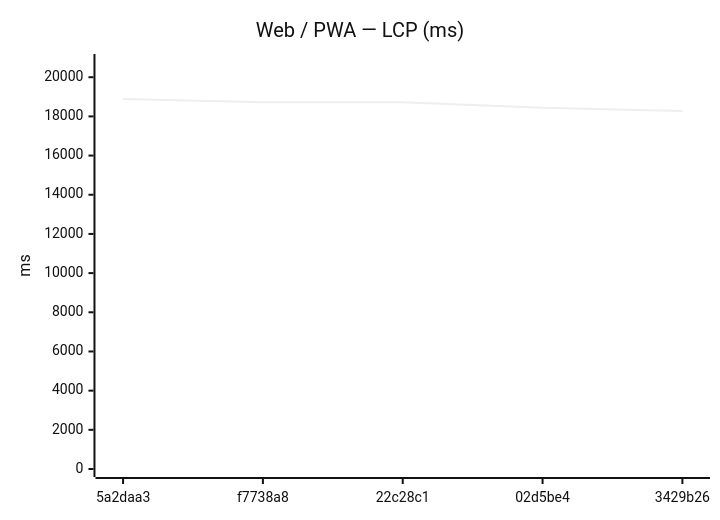
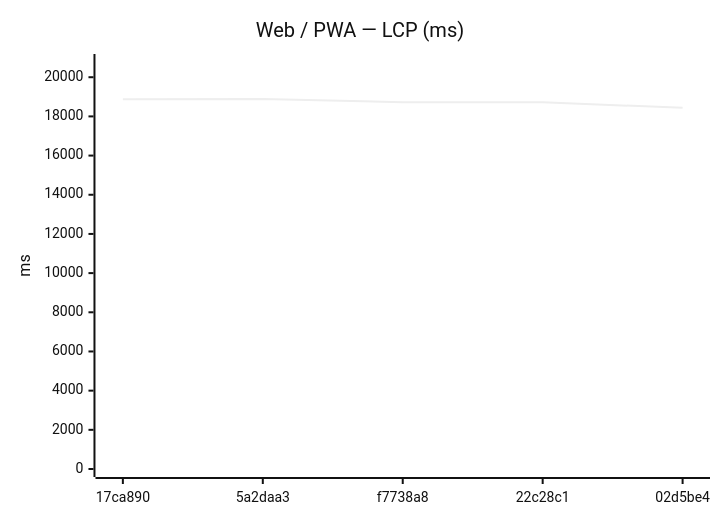
Before and after one commit to Metaheurist/Rianell: the seventh of 18 diagrams in benchmarks/compare.md, drawn with Mermaid (neutral theme). The commit also changed other lines of this file and 11 other files, not shown here.

````diff
--- a/benchmarks/compare.md
+++ b/benchmarks/compare.md
@@ -117,7 +117,7 @@
 ```mermaid
 xychart-beta
     title "Web / PWA — LCP (ms)"
-    x-axis ["5a2daa3", "f7738a8", "22c28c1", "02d5be4", "3429b26"]
+    x-axis ["17ca890", "5a2daa3", "f7738a8", "22c28c1", "02d5be4"]
     y-axis "ms" 0 --> 20777
-    line [18888, 18728, 18722, 18436, 18270]
+    line [18874, 18888, 18728, 18722, 18436]
 ```
````
